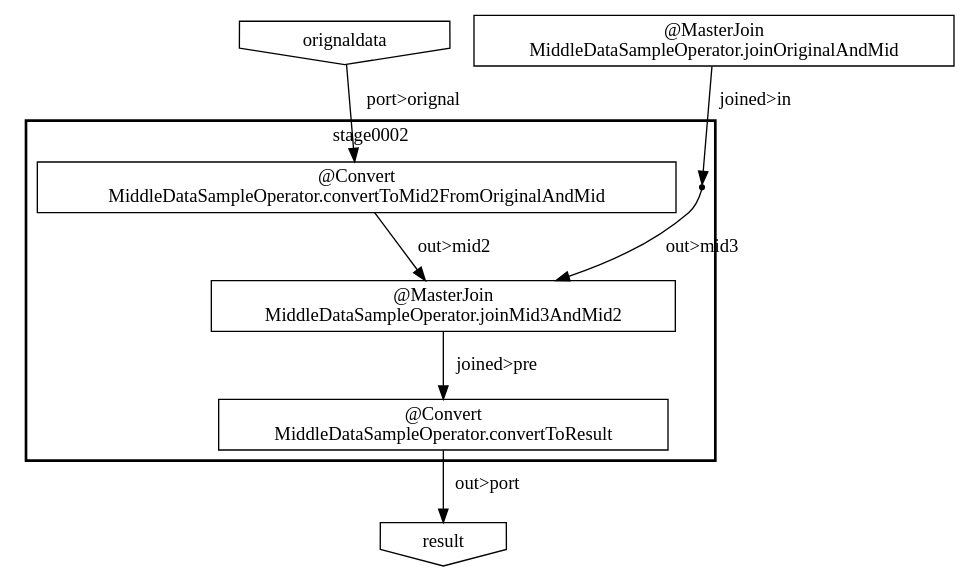
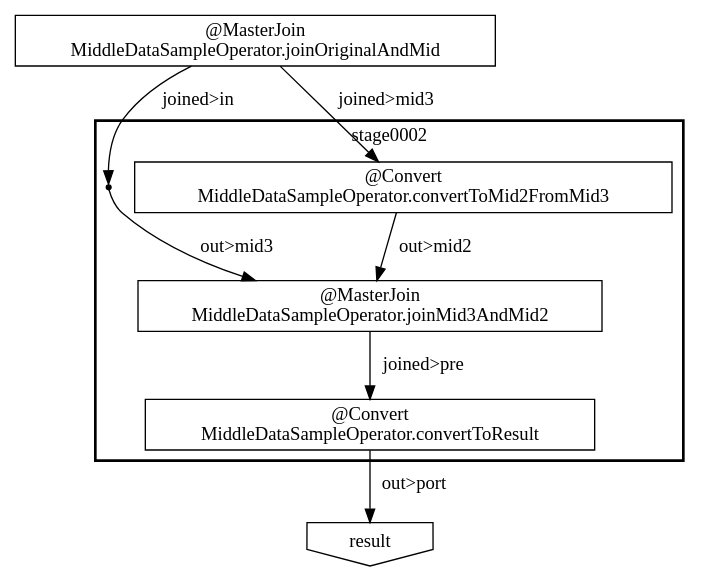
One commit to ironpeace/AsakusaMiddleDataSample changed the diagram in target/batchcwork/mdsBatch/TheMiddataSampleJobFlow/build/bin/META-INF/visualize/stageblock-2.dot. Above: the diagram before and after it, drawn with Graphviz. The commit also changed 62 other files, not shown here.

```diff
--- a/target/batchcwork/mdsBatch/TheMiddataSampleJobFlow/build/bin/META-INF/visualize/stageblock-2.dot
+++ b/target/batchcwork/mdsBatch/TheMiddataSampleJobFlow/build/bin/META-INF/visualize/stageblock-2.dot
@@ -1,19 +1,18 @@
 digraph {
-    "a3ec22b0-1206-40d5-a693-6717e9dab75e" [shape=invhouse, label="orignaldata"];
-    "1471ee4b-6390-48b1-814c-38a9fc11c59e" [shape=box, label="@MasterJoin\nMiddleDataSampleOperator.joinOriginalAndMid"];
-    "92555207-9cb0-432f-b9c5-94ec33b8ee59" [shape=invhouse, label="result"];
-    subgraph "cluster_e5fb4a12-fac3-4d61-bcaa-575551fed5bf" {
+    "77bdfe85-438c-43bd-ad11-97e160756614" [shape=invhouse, label="result"];
+    "384c1bfe-49c2-432c-aaeb-c0610639f70b" [shape=box, label="@MasterJoin\nMiddleDataSampleOperator.joinOriginalAndMid"];
+    subgraph "cluster_3c11466f-f311-433f-bc3d-93168f4e60a2" {
         label = "stage0002";
         style = bold;
-        "f023b84c-d00e-4b61-adac-8e0b6c58a78c" [shape=box, label="@Convert\nMiddleDataSampleOperator.convertToResult"];
-        "cd6f4d7a-0ca8-4bb4-bc1a-c376bd54afa6" [shape=box, label="@MasterJoin\nMiddleDataSampleOperator.joinMid3AndMid2"];
-        "731914b6-85c1-4146-b26b-c26dde1b41b2" [shape=point];
-        "98e96299-6635-441e-81cb-c227f6579ffd" [shape=box, label="@Convert\nMiddleDataSampleOperator.convertToMid2FromOriginalAndMid"];
+        "17650a5b-8014-4583-afd1-5fb1e233db9b" [shape=point];
+        "97883fa1-c77b-4601-9ba3-ae98c1e9c732" [shape=box, label="@Convert\nMiddleDataSampleOperator.convertToMid2FromMid3"];
+        "036a4215-3ed4-40bf-a7f1-23ff93a90c5f" [shape=box, label="@Convert\nMiddleDataSampleOperator.convertToResult"];
+        "ba4553a1-8029-46b9-ab89-62d98971ec31" [shape=box, label="@MasterJoin\nMiddleDataSampleOperator.joinMid3AndMid2"];
     }
-    "731914b6-85c1-4146-b26b-c26dde1b41b2" -> "cd6f4d7a-0ca8-4bb4-bc1a-c376bd54afa6" [label="out>mid3"];
-    "98e96299-6635-441e-81cb-c227f6579ffd" -> "cd6f4d7a-0ca8-4bb4-bc1a-c376bd54afa6" [label="out>mid2"];
-    "f023b84c-d00e-4b61-adac-8e0b6c58a78c" -> "92555207-9cb0-432f-b9c5-94ec33b8ee59" [label="out>port"];
-    "cd6f4d7a-0ca8-4bb4-bc1a-c376bd54afa6" -> "f023b84c-d00e-4b61-adac-8e0b6c58a78c" [label="joined>pre"];
-    "a3ec22b0-1206-40d5-a693-6717e9dab75e" -> "98e96299-6635-441e-81cb-c227f6579ffd" [label="port>orignal"];
-    "1471ee4b-6390-48b1-814c-38a9fc11c59e" -> "731914b6-85c1-4146-b26b-c26dde1b41b2" [label="joined>in"];
+    "384c1bfe-49c2-432c-aaeb-c0610639f70b" -> "97883fa1-c77b-4601-9ba3-ae98c1e9c732" [label="joined>mid3"];
+    "384c1bfe-49c2-432c-aaeb-c0610639f70b" -> "17650a5b-8014-4583-afd1-5fb1e233db9b" [label="joined>in"];
+    "97883fa1-c77b-4601-9ba3-ae98c1e9c732" -> "ba4553a1-8029-46b9-ab89-62d98971ec31" [label="out>mid2"];
+    "17650a5b-8014-4583-afd1-5fb1e233db9b" -> "ba4553a1-8029-46b9-ab89-62d98971ec31" [label="out>mid3"];
+    "036a4215-3ed4-40bf-a7f1-23ff93a90c5f" -> "77bdfe85-438c-43bd-ad11-97e160756614" [label="out>port"];
+    "ba4553a1-8029-46b9-ab89-62d98971ec31" -> "036a4215-3ed4-40bf-a7f1-23ff93a90c5f" [label="joined>pre"];
 }
```
